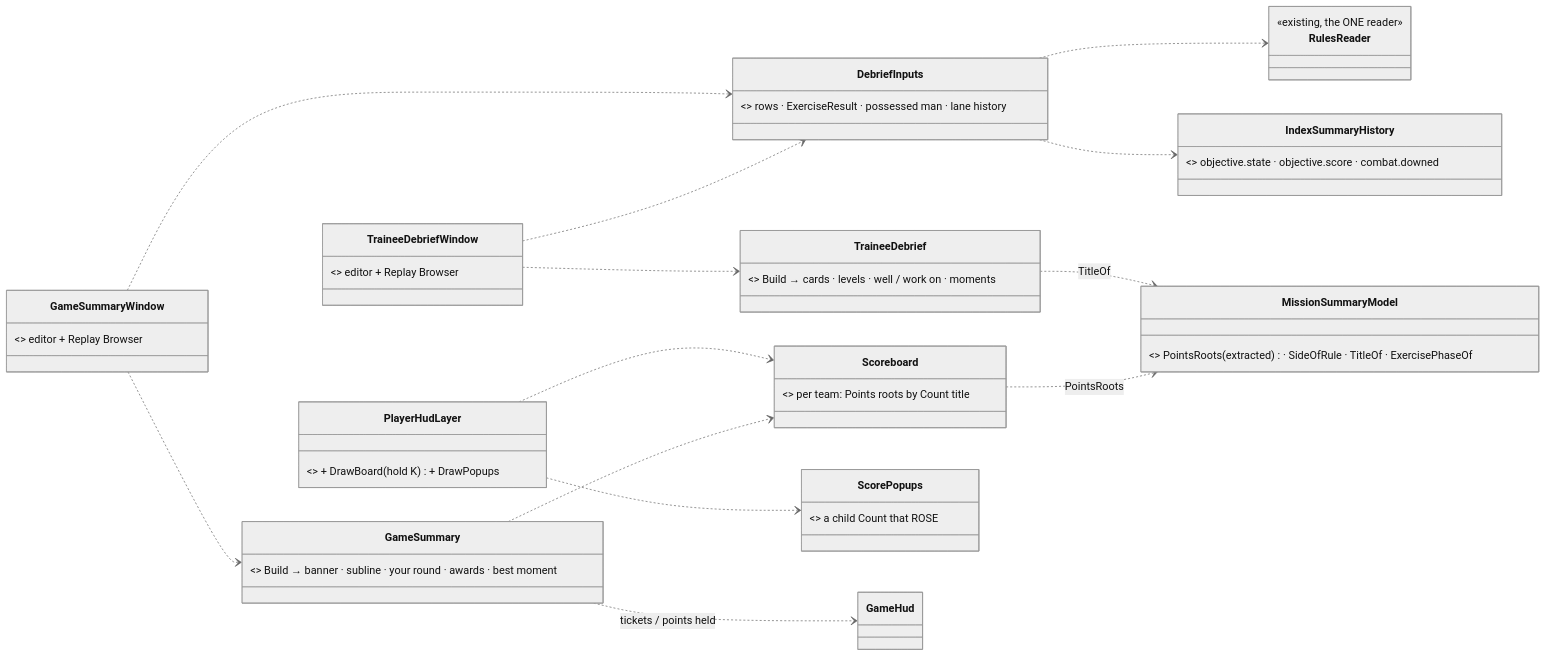
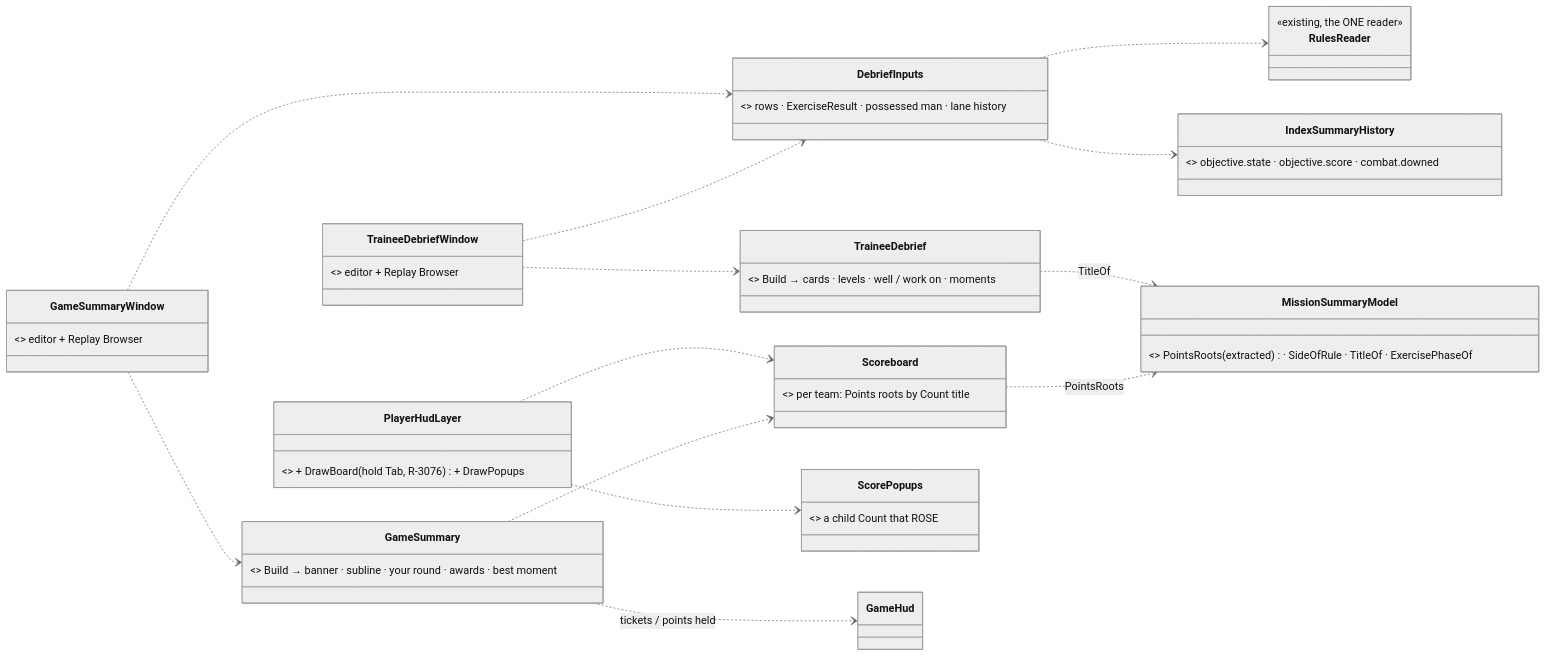
The fourth of 4 diagrams in docs/DESIGN_Player_HUD_And_Debrief.md (pjanec/HROT), drawn with Mermaid (neutral theme) before and after one commit. The commit also changed other lines of this file and 9 other files, not shown here.

````diff
--- a/docs/DESIGN_Player_HUD_And_Debrief.md
+++ b/docs/DESIGN_Player_HUD_And_Debrief.md
@@ -181,27 +181,27 @@
 ```mermaid
 classDiagram
     direction LR
     class TraineeDebriefWindow { <<NEW, Window ▸ Trainee debrief>> editor + Replay Browser }
     class GameSummaryWindow { <<NEW, Window ▸ Game summary>> editor + Replay Browser }
     class DebriefInputs { <<NEW, internal>> rows · ExerciseResult · possessed man · lane history }
     class TraineeDebrief { <<NEW, pure>> Build → cards · levels · well / work on · moments }
     class GameSummary { <<NEW, pure>> Build → banner · subline · your round · awards · best moment }
     class Scoreboard { <<NEW, pure>> per team: Points roots by Count title }
     class ScorePopups { <<NEW, presentation memory>> a child Count that ROSE }
-    class PlayerHudLayer { <<existing, H1/H2>> + DrawBoard (hold K) + DrawPopups }
+    class PlayerHudLayer { <<existing, H1/H2>> + DrawBoard (hold Tab, R-3076) + DrawPopups }
     class MissionSummaryModel { <<existing>> PointsRoots (extracted) · SideOfRule · TitleOf · ExercisePhaseOf }
     class RulesReader { <<existing, the ONE reader>> }
     class IndexSummaryHistory { <<existing>> objective.state · objective.score · combat.downed }
     TraineeDebriefWindow ..> DebriefInputs
     GameSummaryWindow ..> DebriefInputs
     DebriefInputs ..> RulesReader
     DebriefInputs ..> IndexSummaryHistory
     TraineeDebriefWindow ..> TraineeDebrief
     GameSummaryWindow ..> GameSummary
     GameSummary ..> Scoreboard
     GameSummary ..> GameHud : tickets / points held
     Scoreboard ..> MissionSummaryModel : PointsRoots
     TraineeDebrief ..> MissionSummaryModel : TitleOf
     PlayerHudLayer ..> Scoreboard
     PlayerHudLayer ..> ScorePopups
 ```
````
